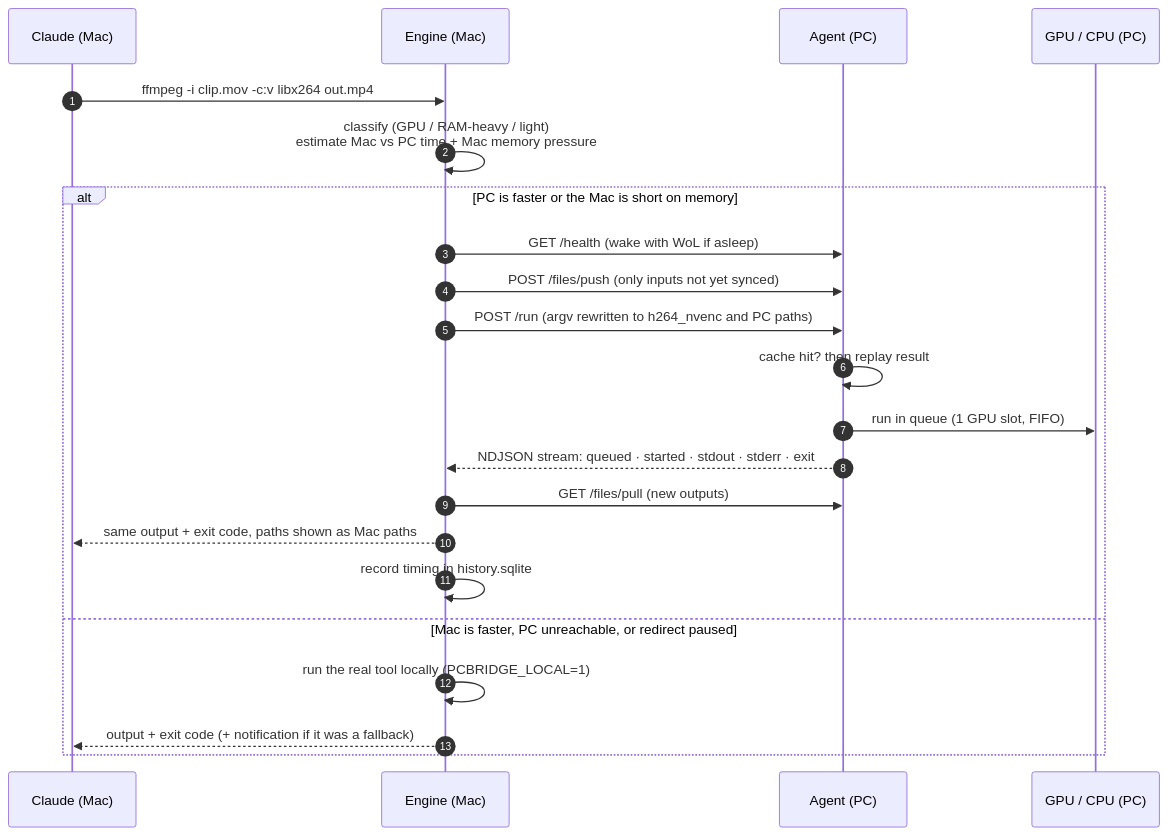
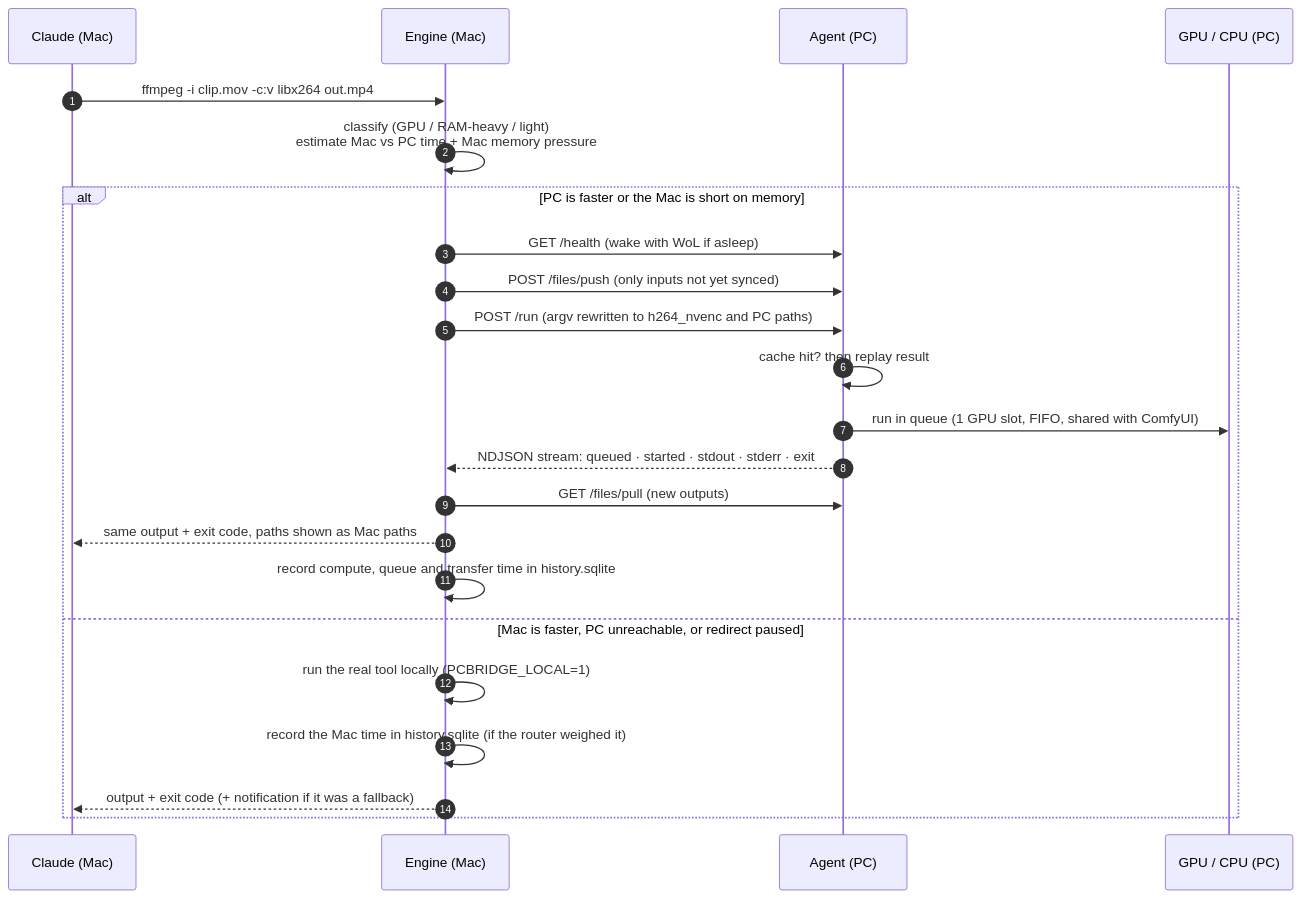
Before and after one commit to walidriachy/pc-gpu-bridge: the second of 5 diagrams in docs/ARCHITECTURE.md, drawn with Mermaid. The commit also changed other lines of this file and 10 other files, not shown here.

First line of the commit message:
Router learns from both machines; ComfyUI waits for the GPU slot

````diff
--- a/docs/ARCHITECTURE.md
+++ b/docs/ARCHITECTURE.md
@@ -71,24 +71,25 @@
 ```mermaid
 sequenceDiagram
   autonumber
   participant C as Claude (Mac)
   participant E as Engine (Mac)
   participant A as Agent (PC)
   participant G as GPU / CPU (PC)
   C->>E: ffmpeg -i clip.mov -c:v libx264 out.mp4
   E->>E: classify (GPU / RAM-heavy / light)<br/>estimate Mac vs PC time + Mac memory pressure
   alt PC is faster or the Mac is short on memory
     E->>A: GET /health (wake with WoL if asleep)
     E->>A: POST /files/push (only inputs not yet synced)
     E->>A: POST /run (argv rewritten to h264_nvenc and PC paths)
     A->>A: cache hit? then replay result
-    A->>G: run in queue (1 GPU slot, FIFO)
+    A->>G: run in queue (1 GPU slot, FIFO, shared with ComfyUI)
     A-->>E: NDJSON stream: queued · started · stdout · stderr · exit
     E->>A: GET /files/pull (new outputs)
     E-->>C: same output + exit code, paths shown as Mac paths
-    E->>E: record timing in history.sqlite
+    E->>E: record compute, queue and transfer time in history.sqlite
   else Mac is faster, PC unreachable, or redirect paused
     E->>E: run the real tool locally (PCBRIDGE_LOCAL=1)
+    E->>E: record the Mac time in history.sqlite (if the router weighed it)
     E-->>C: output + exit code (+ notification if it was a fallback)
   end
 ```
````
